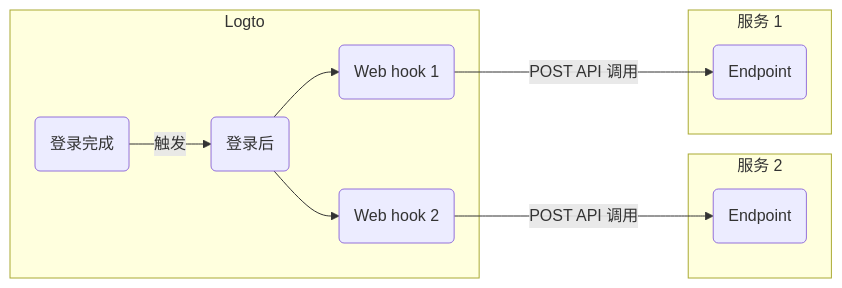
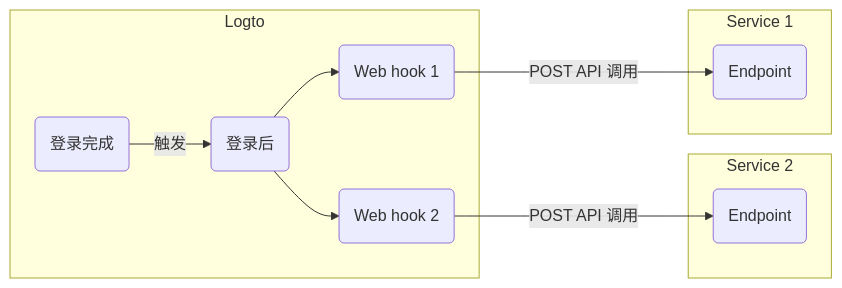
Before and after one commit to logto-io/docs: the diagram in i18n/zh-CN/docusaurus-plugin-content-docs/current/developers/webhooks/README.mdx, drawn with Mermaid. The commit also changed other lines of this file and 428 other files, not shown here.

````diff
--- a/i18n/zh-CN/docusaurus-plugin-content-docs/current/developers/webhooks/README.mdx
+++ b/i18n/zh-CN/docusaurus-plugin-content-docs/current/developers/webhooks/README.mdx
@@ -36,24 +36,24 @@
 ```mermaid
 graph LR
   subgraph Logto
     SF(登录完成)
     PS(登录后)
     WH2(Web hook 2)
     WH1(Web hook 1)
   end
 
-  subgraph 服务 2
+  subgraph Service 2
     E2(Endpoint)
   end
 
-  subgraph 服务 1
+  subgraph Service 1
     E1(Endpoint)
   end
 
   SF -->|触发| PS
   PS --> WH1
   PS --> WH2
   WH1 --->|POST API 调用| E1
   WH2 --->|POST API 调用| E2
 
 ```
````
